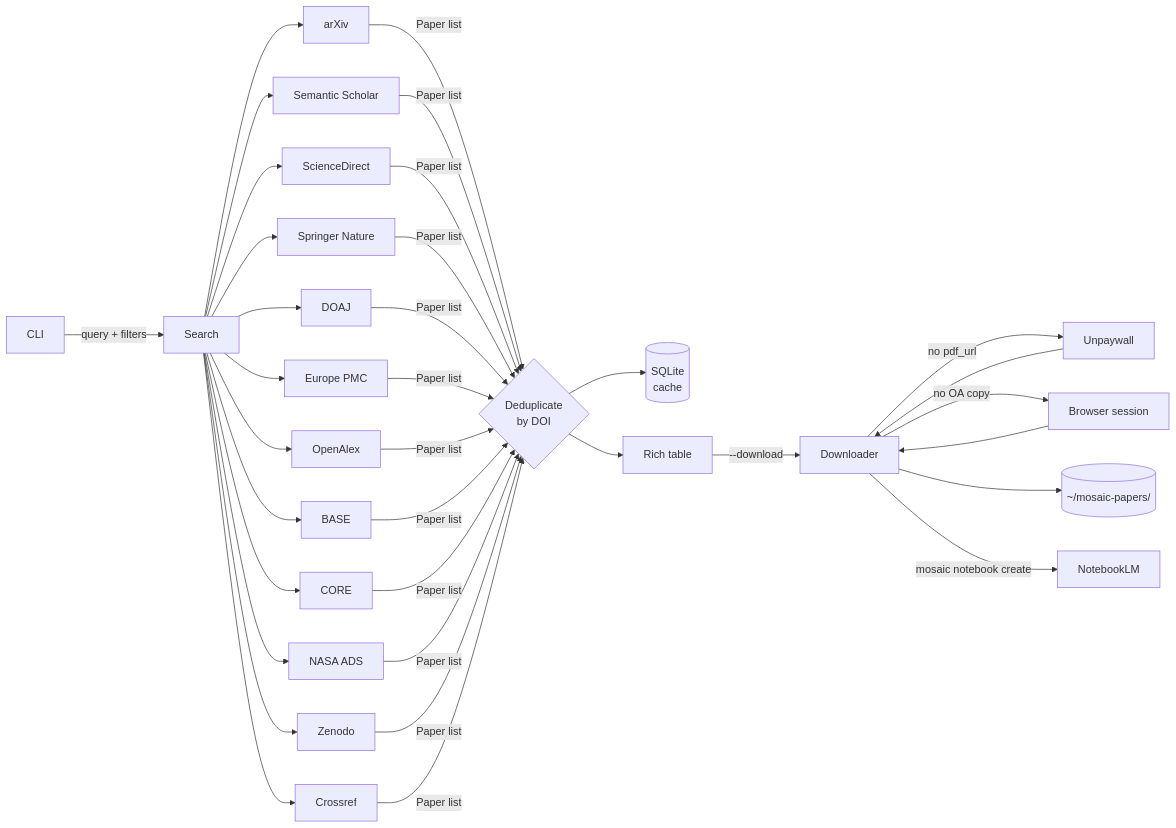
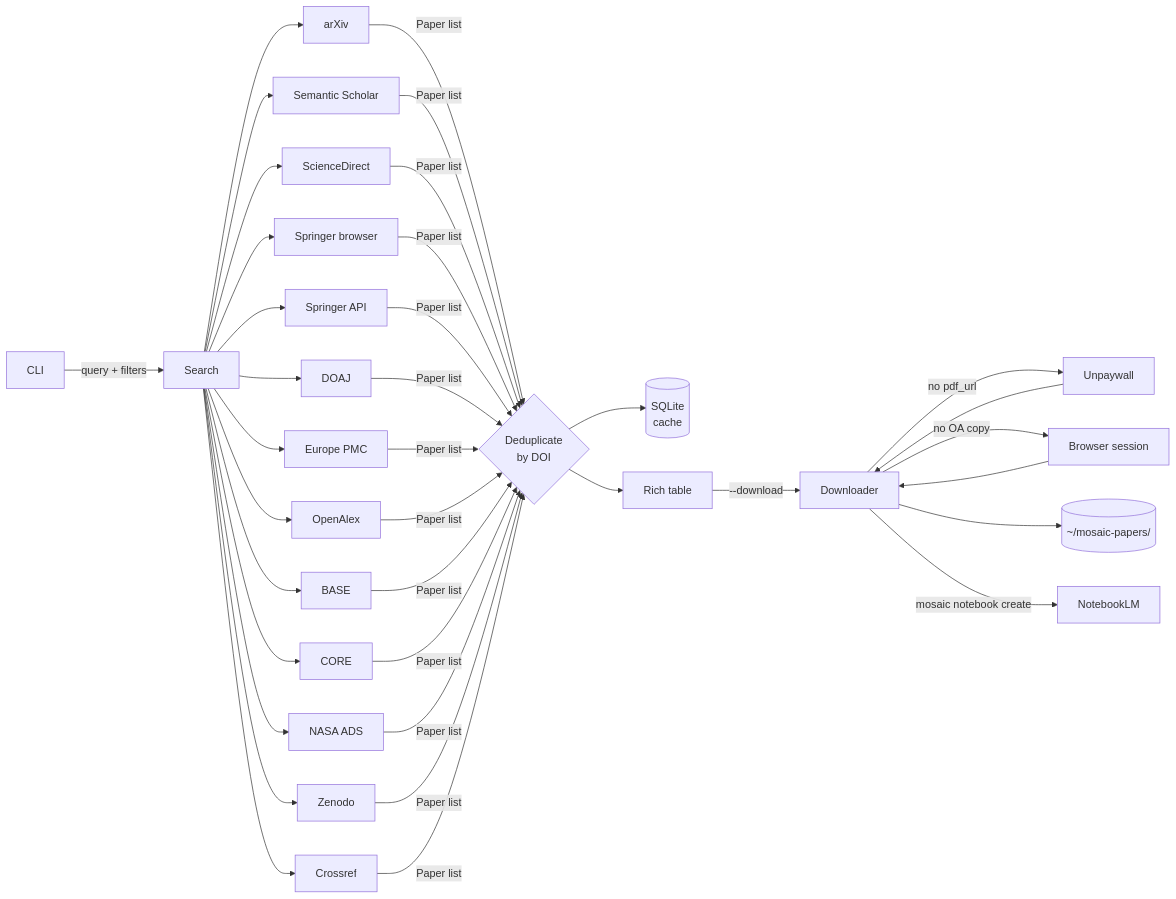
One commit to szaghi/mosaic changed the diagram in README.md. Above: the diagram before and after it, drawn with Mermaid. The commit also changed other lines of this file and 11 other files, not shown here.

First line of the commit message:
feat(sources): add Springer Nature Open Access API source

````diff
--- a/README.md
+++ b/README.md
@@ -233,15 +234,15 @@
 ```mermaid
 flowchart LR
     CLI -->|query + filters| Search
-    Search --> arXiv & SS[Semantic Scholar] & SD[ScienceDirect] & SP[Springer Nature] & DOAJ & EPMC[Europe PMC] & OA[OpenAlex] & BASE & CORE & ADS[NASA ADS] & ZEN[Zenodo] & CR[Crossref]
-    arXiv & SS & SD & SP & DOAJ & EPMC & OA & BASE & CORE & ADS & ZEN & CR -->|Paper list| Dedup{Deduplicate\nby DOI}
+    Search --> arXiv & SS[Semantic Scholar] & SD[ScienceDirect] & SP[Springer browser] & SPN[Springer API] & DOAJ & EPMC[Europe PMC] & OA[OpenAlex] & BASE & CORE & ADS[NASA ADS] & ZEN[Zenodo] & CR[Crossref]
+    arXiv & SS & SD & SP & SPN & DOAJ & EPMC & OA & BASE & CORE & ADS & ZEN & CR -->|Paper list| Dedup{Deduplicate\nby DOI}
     Dedup --> Cache[(SQLite\ncache)]
     Dedup --> Table[Rich table]
     Table -->|--download| DL[Downloader]
     DL -->|no pdf_url| UPW[Unpaywall]
     UPW --> DL
     DL -->|no OA copy| AUTH[Browser session]
     AUTH --> DL
     DL --> Disk[(~/mosaic-papers/)]
     DL -->|mosaic notebook create| NLM[NotebookLM]
 ```
````
